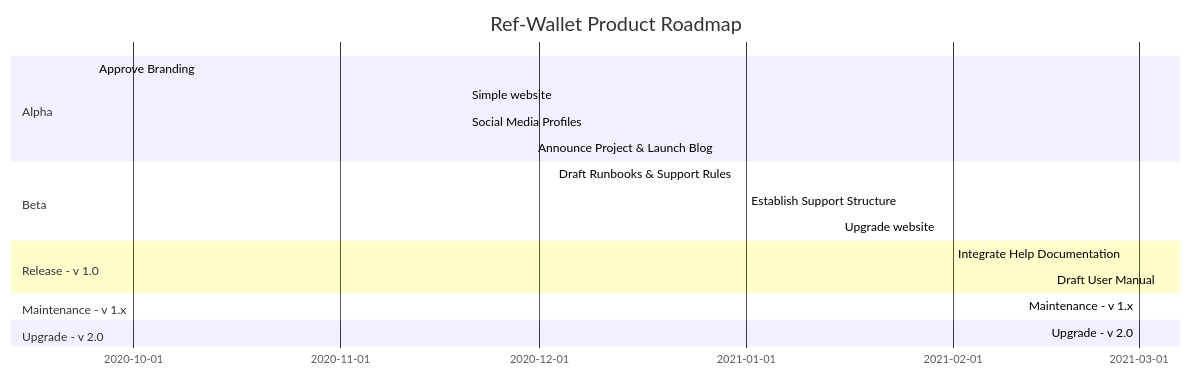
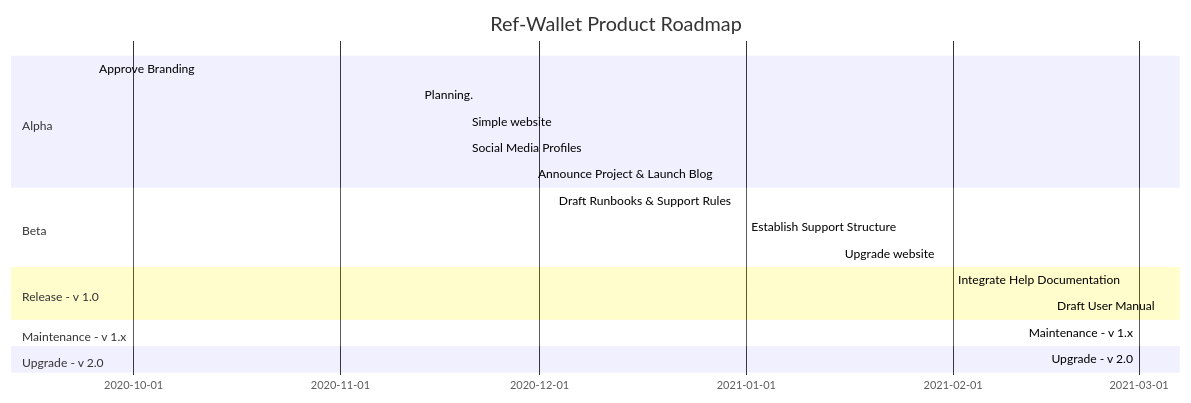
The diagram in docs/operative/product_plan.md (trilitech/umami-v1), drawn with Mermaid before and after one commit.

````diff
--- a/docs/operative/product_plan.md
+++ b/docs/operative/product_plan.md
@@ -40,20 +40,21 @@
 ```mermaid
 gantt
     title Ref-Wallet Product Roadmap
     section Alpha
     Approve Branding                                  :active, 2020-09-25, 2020-11-13
+    Planning.                                         :active, 2020-11-13, 2020-11-20
     Simple website                                    :active, 2020-11-20, 2020-11-30
     Social Media Profiles                             :active, 2020-11-20, 2020-11-30
     Announce Project & Launch Blog                    :active, 2020-11-30, 2020-11-30
     section Beta
     Draft Runbooks & Support Rules                    :active, 2020-12-03, 2020-12-30
     Establish Support Structure                       :active, 2021-01-01, 2021-01-31
     Upgrade website                                   :active, 2021-01-15, 2021-01-31
     section Release - v 1.0
     Integrate Help Documentation                      :active, 2021-02-01, 2021-02-15
     Draft User Manual                                 :active, 2021-02-16, 2021-03-01
     section Maintenance - v 1.x
     Maintenance - v 1.x                               :active, 2021-03-01, 2021-06-01
     section Upgrade - v 2.0
     Upgrade - v 2.0                                   :active, 2021-03-01, 2021-06-01
 ```
````
